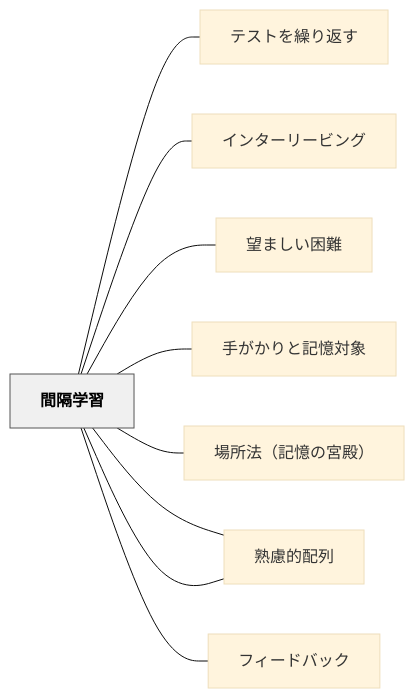
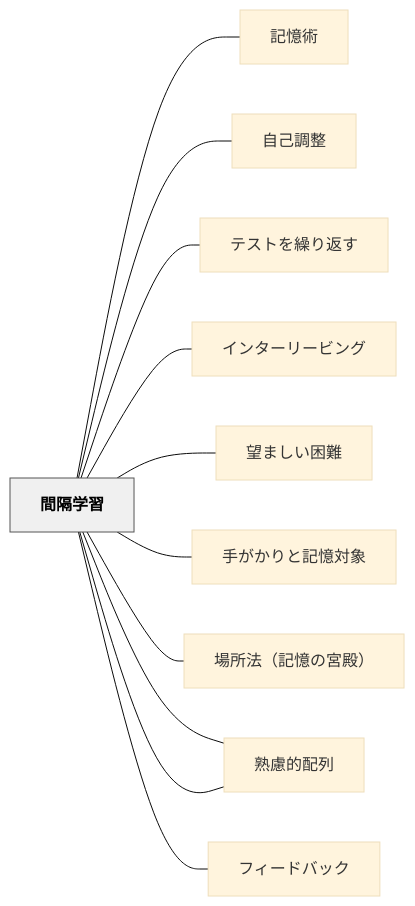
The diagram in content/パタン/間隔学習.md (unknownthings-ed-patterns/unknownthings-ed-patterns), drawn with Mermaid (base theme) before and after one commit. The commit also changed other lines of this file and 473 other files, not shown here.

````diff
--- a/content/パタン/間隔学習.md
+++ b/content/パタン/間隔学習.md
@@ -144,24 +146,28 @@
 ```mermaid
 flowchart LR
     ne99693e99a94["間隔学習"]
+    ne8a898e686b6["記憶術"]
+    ne887aae5b7b1["自己調整"]
     ne38386e382b9["テストを繰り返す"]
     ne382a4e383b3["インターリービング"]
     ne69c9be381be["望ましい困難"]
     ne6898be3818c["手がかりと記憶対象"]
     ne5a0b4e68980["場所法（記憶の宮殿）"]
     ne7869fe685ae["熟慮的練習"]
     ne7869fe685ae["熟慮的配列"]
     ne38395e382a3["フィードバック"]
 
+    ne99693e99a94 --- ne8a898e686b6
+    ne99693e99a94 --- ne887aae5b7b1
     ne99693e99a94 --- ne38386e382b9
     ne99693e99a94 --- ne382a4e383b3
     ne99693e99a94 --- ne69c9be381be
     ne99693e99a94 --- ne6898be3818c
     ne99693e99a94 --- ne5a0b4e68980
     ne99693e99a94 --- ne7869fe685ae
     ne99693e99a94 --- ne7869fe685ae
     ne99693e99a94 --- ne38395e382a3
 
     classDef hub fill:#f0f0f0,stroke:#555,color:#000,font-weight:bold
     class ne99693e99a94 hub
 ```
````
